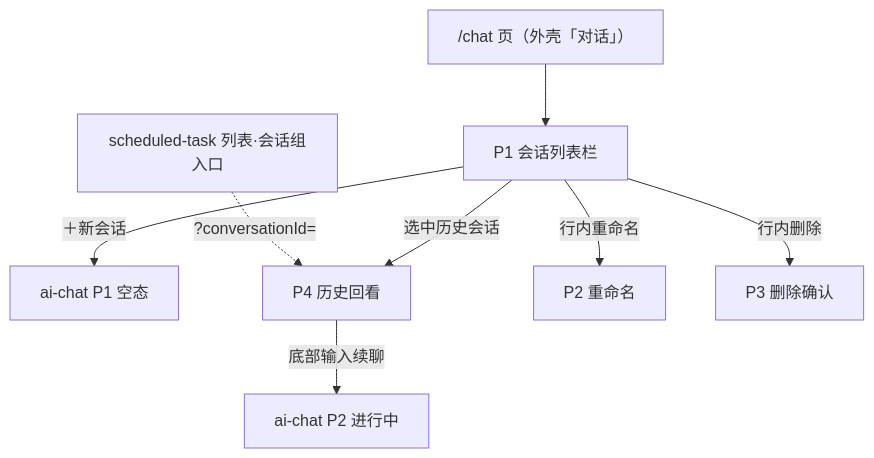
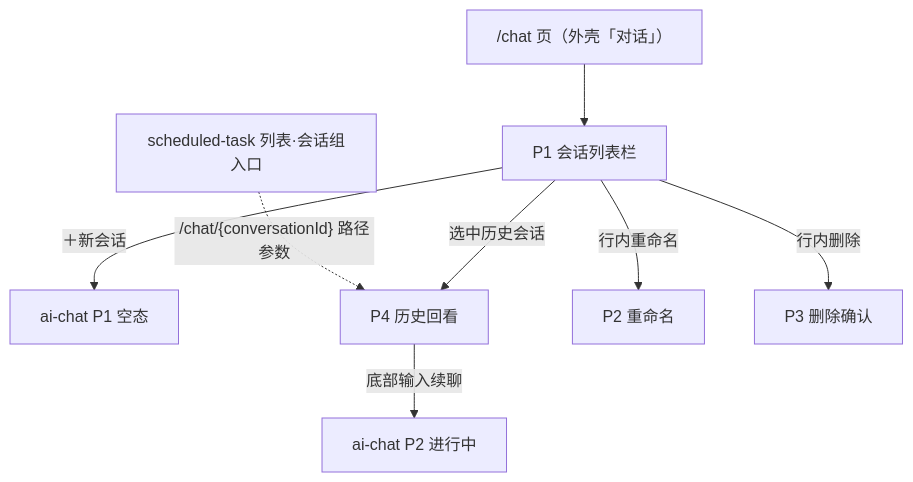
The diagram in designs/chat-conversation/chat-conversation-ia.md (ChiYouIc/ehub-ai-workbench-prd), drawn with Mermaid before and after one commit. The commit also changed other lines of this file and 6 other files, not shown here.

First line of the commit message:
docs: 会话历史路由形态改为路径参数 /chat/{conversationId}

````diff
--- a/designs/chat-conversation/chat-conversation-ia.md
+++ b/designs/chat-conversation/chat-conversation-ia.md
@@ -80,10 +81,10 @@
 ```mermaid
 flowchart TD
     CHAT["/chat 页（外壳「对话」）"] --> LIST[P1 会话列表栏]
     LIST -->|＋新会话| NEW[ai-chat P1 空态]
     LIST -->|选中历史会话| HIST[P4 历史回看]
     HIST -->|底部输入续聊| SSE[ai-chat P2 进行中]
     LIST -->|行内重命名| REN[P2 重命名]
     LIST -->|行内删除| DEL[P3 删除确认]
-    TASK[scheduled-task 列表·会话组入口] -.->|?conversationId=| HIST
+    TASK[scheduled-task 列表·会话组入口] -.->|"/chat/{conversationId} 路径参数"| HIST
 ```
````
